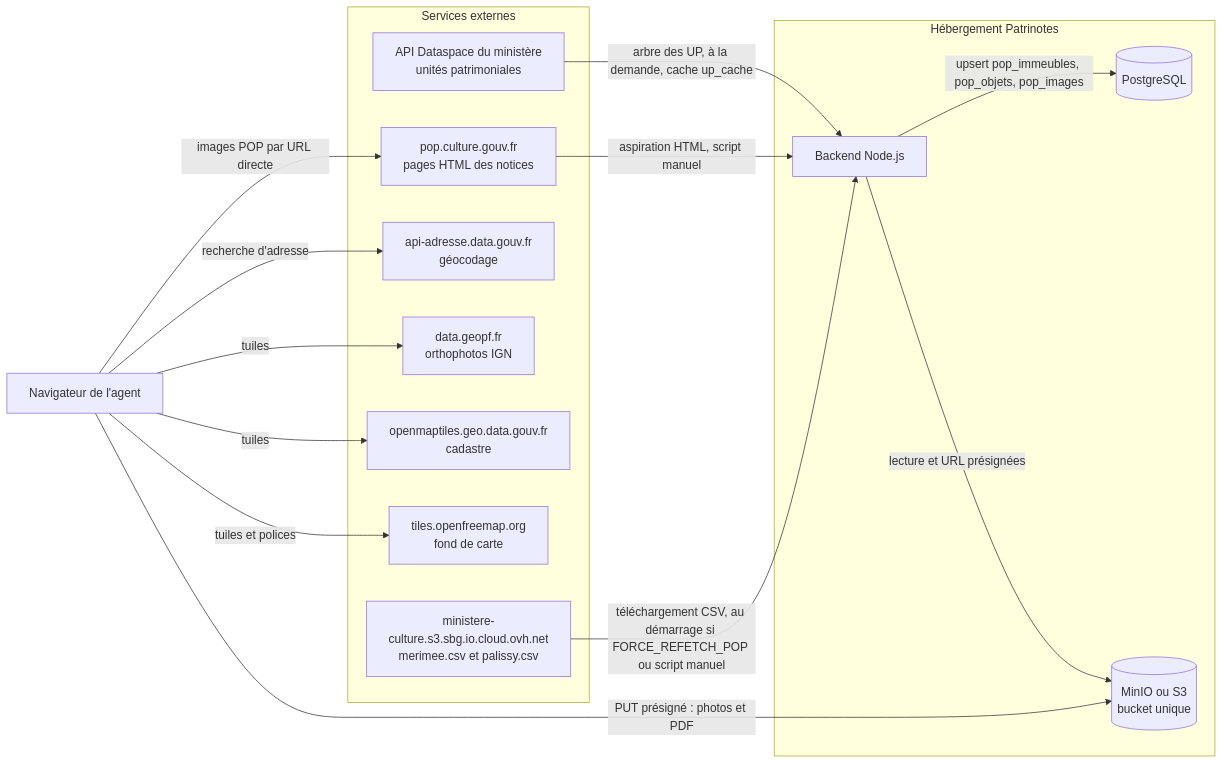
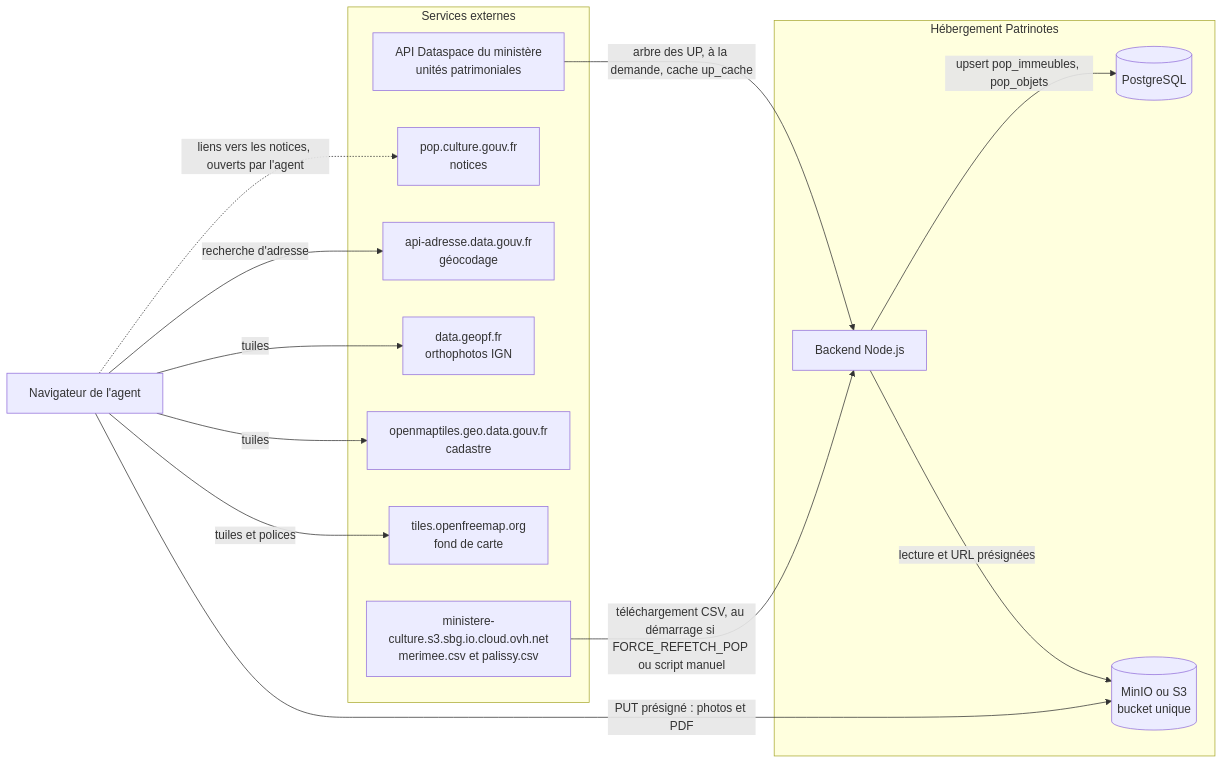
One commit to betagouv/patrinotes changed the first of 4 diagrams in docs/07-donnees-externes-et-stockage.md. Above: the diagram before and after it, drawn with Mermaid. The commit also changed other lines of this file and 18 other files, not shown here.

````diff
--- a/docs/07-donnees-externes-et-stockage.md
+++ b/docs/07-donnees-externes-et-stockage.md
@@ -13,32 +13,31 @@
 ```mermaid
 flowchart LR
     subgraph Ext["Services externes"]
         DG["ministere-culture.s3.sbg.io.cloud.ovh.net<br/>merimee.csv et palissy.csv"]
-        POP["pop.culture.gouv.fr<br/>pages HTML des notices"]
+        POP["pop.culture.gouv.fr<br/>notices"]
         BAN["api-adresse.data.gouv.fr<br/>géocodage"]
         IGN["data.geopf.fr<br/>orthophotos IGN"]
         CAD["openmaptiles.geo.data.gouv.fr<br/>cadastre"]
         OFM["tiles.openfreemap.org<br/>fond de carte"]
         DS["API Dataspace du ministère<br/>unités patrimoniales"]
     end
 
     subgraph Srv["Hébergement Patrinotes"]
         BE["Backend Node.js"]
         PG[("PostgreSQL")]
         S3[("MinIO ou S3<br/>bucket unique")]
     end
 
     NAV["Navigateur de l'agent"]
 
     DG -->|"téléchargement CSV, au démarrage si FORCE_REFETCH_POP ou script manuel"| BE
-    POP -->|"aspiration HTML, script manuel"| BE
-    BE -->|"upsert pop_immeubles, pop_objets, pop_images"| PG
+    BE -->|"upsert pop_immeubles, pop_objets"| PG
     DS -->|"arbre des UP, à la demande, cache up_cache"| BE
     NAV -->|"recherche d'adresse"| BAN
     NAV -->|"tuiles"| IGN
     NAV -->|"tuiles"| CAD
     NAV -->|"tuiles et polices"| OFM
     NAV -->|"PUT présigné : photos et PDF"| S3
     BE -->|"lecture et URL présignées"| S3
-    NAV -->|"images POP par URL directe"| POP
+    NAV -.->|"liens vers les notices, ouverts par l'agent"| POP
 ```
````
